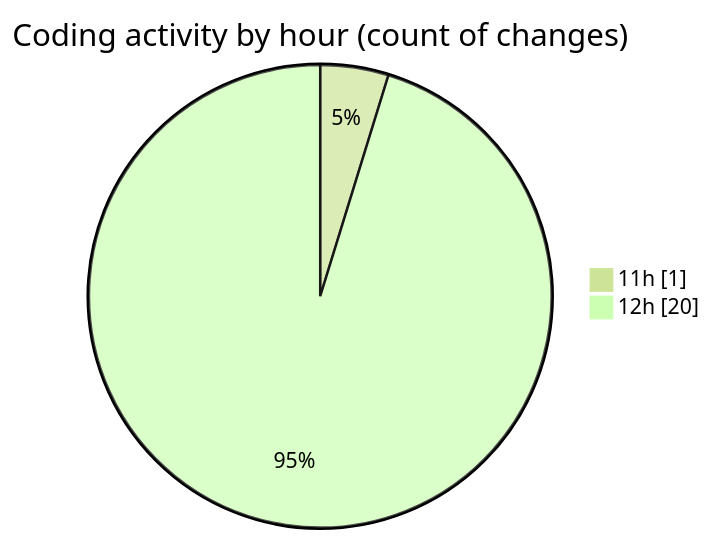
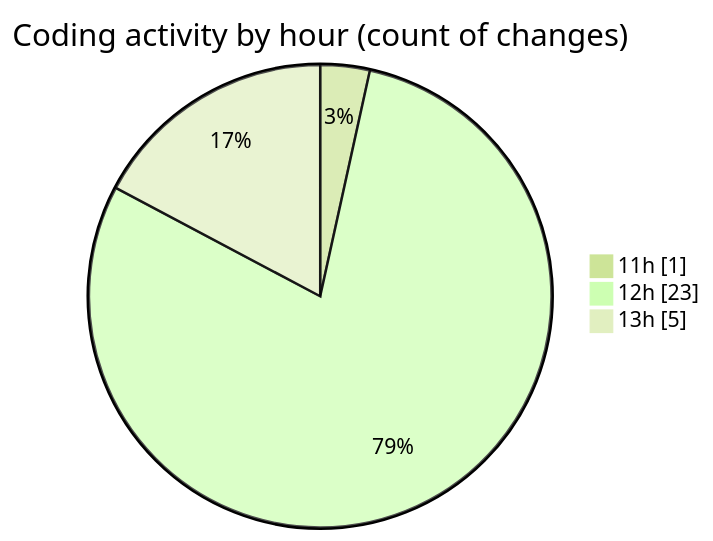
One commit to Elitesun/code-tracking changed the second of 2 diagrams in 2025-03-01/react_ecom/README.md. Above: the diagram before and after it, drawn with Mermaid (forest theme). The commit also changed other lines of this file and 1 other file, not shown here.

````diff
--- a/2025-03-01/react_ecom/README.md
+++ b/2025-03-01/react_ecom/README.md
@@ -32,6 +34,7 @@
 ```mermaid
 pie showData
 title Coding activity by hour (count of changes)
 "11h" : 1
-"12h" : 20
+"12h" : 23
+"13h" : 5
 ```
````
